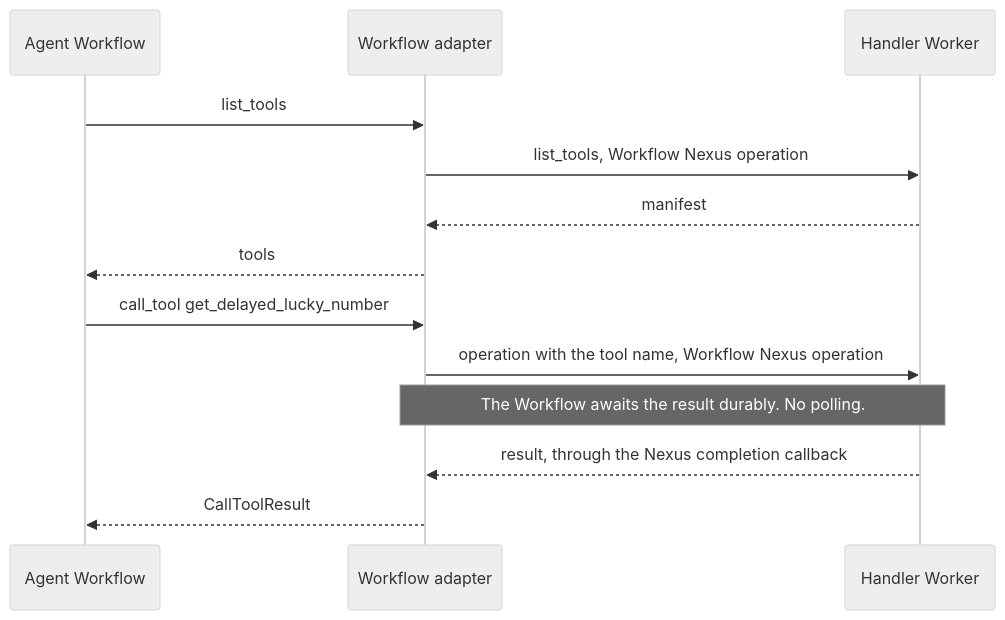
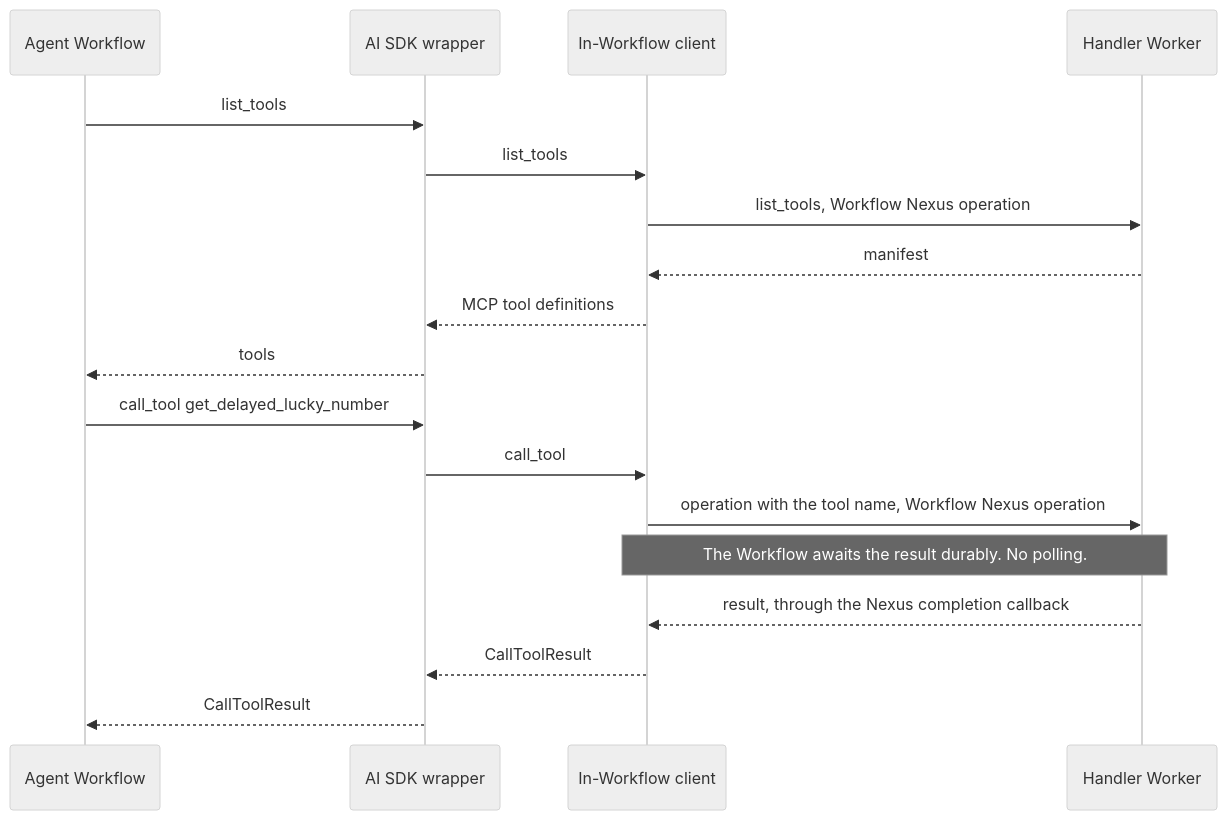
Before and after one commit to long-nt-tran/durable-mcp-connector: the third of 5 diagrams in ARCHITECTURE.md, drawn with Mermaid (neutral theme). The commit also changed other lines of this file and 50 other files, not shown here.

````diff
--- a/ARCHITECTURE.md
+++ b/ARCHITECTURE.md
@@ -156,15 +174,20 @@
 ```mermaid
 sequenceDiagram
   participant W as Agent Workflow
-  participant A as Workflow adapter
+  participant B as AI SDK wrapper
+  participant A as In-Workflow client
   participant H as Handler Worker
-  W->>A: list_tools
+  W->>B: list_tools
+  B->>A: list_tools
   A->>H: list_tools, Workflow Nexus operation
   H-->>A: manifest
-  A-->>W: tools
-  W->>A: call_tool get_delayed_lucky_number
+  A-->>B: MCP tool definitions
+  B-->>W: tools
+  W->>B: call_tool get_delayed_lucky_number
+  B->>A: call_tool
   A->>H: operation with the tool name, Workflow Nexus operation
   Note over A,H: The Workflow awaits the result durably. No polling.
   H-->>A: result, through the Nexus completion callback
-  A-->>W: CallToolResult
+  A-->>B: CallToolResult
+  B-->>W: CallToolResult
 ```
````
